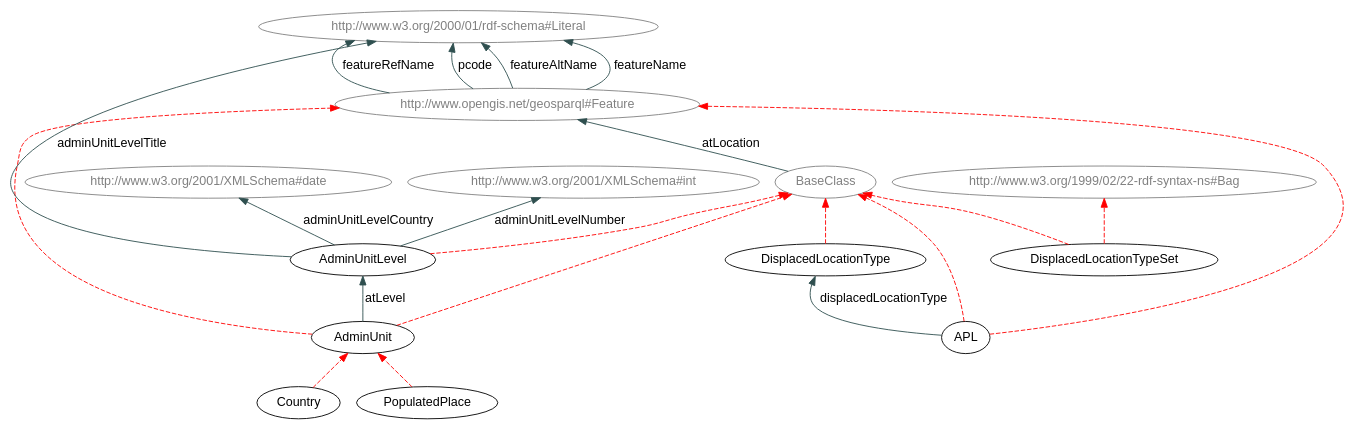
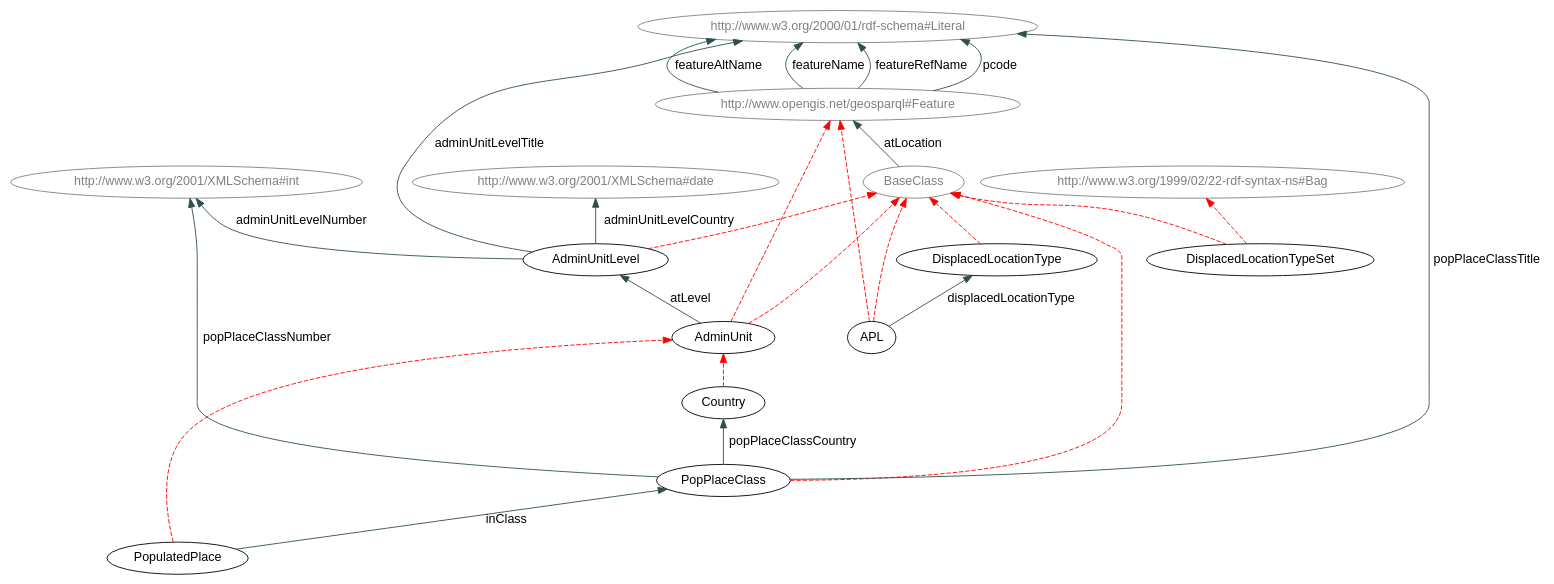
The diagram in Tools/geolocationSection.dot (hxl-team/HXL-Vocab), drawn with Graphviz before and after one commit. The commit also changed 32 other files, not shown here.

```diff
--- a/Tools/geolocationSection.dot
+++ b/Tools/geolocationSection.dot
@@ -1,57 +1,66 @@
 digraph { 
  rankdir="BT";	
  charset="utf-8";
  overlap=false;
  edge [color=darkslategray];
  edge [fontname=Helvetica];
  node [fontname=Helvetica];
 
 "APL" [ URL = "./#APL"] ;
 		"http://www.opengis.net/geosparql#Feature" [ URL = "./#APL" color="gray" fontcolor="gray"] ;
 				"APL" -> "http://www.opengis.net/geosparql#Feature" [ color=red style="dashed" ]; 
 			"BaseClass" [ URL = "./#APL" color="gray" fontcolor="gray"] ;
 				"APL" -> "BaseClass" [ color=red style="dashed" ]; 
 			"AdminUnit" [ URL = "./#AdminUnit"] ;
 		"http://www.opengis.net/geosparql#Feature" [ URL = "./#AdminUnit" color="gray" fontcolor="gray"] ;
 				"AdminUnit" -> "http://www.opengis.net/geosparql#Feature" [ color=red style="dashed" ]; 
 			"BaseClass" [ URL = "./#AdminUnit" color="gray" fontcolor="gray"] ;
 				"AdminUnit" -> "BaseClass" [ color=red style="dashed" ]; 
 			"AdminUnitLevel" [ URL = "./#AdminUnitLevel"] ;
 		"BaseClass" [ URL = "./#AdminUnitLevel" color="gray" fontcolor="gray"] ;
 				"AdminUnitLevel" -> "BaseClass" [ color=red style="dashed" ]; 
 			"Country" [ URL = "./#Country"] ;
 		"Country" -> "AdminUnit" [ color=red style="dashed" ]; 
 			"DisplacedLocationType" [ URL = "./#DisplacedLocationType"] ;
 		"BaseClass" [ URL = "./#DisplacedLocationType" color="gray" fontcolor="gray"] ;
 				"DisplacedLocationType" -> "BaseClass" [ color=red style="dashed" ]; 
 			"DisplacedLocationTypeSet" [ URL = "./#DisplacedLocationTypeSet"] ;
 		"BaseClass" [ URL = "./#DisplacedLocationTypeSet" color="gray" fontcolor="gray"] ;
 				"DisplacedLocationTypeSet" -> "BaseClass" [ color=red style="dashed" ]; 
 			"http://www.w3.org/1999/02/22-rdf-syntax-ns#Bag" [ URL = "./#DisplacedLocationTypeSet" color="gray" fontcolor="gray"] ;
 				"DisplacedLocationTypeSet" -> "http://www.w3.org/1999/02/22-rdf-syntax-ns#Bag" [ color=red style="dashed" ]; 
+			"PopPlaceClass" [ URL = "./#PopPlaceClass"] ;
+		"BaseClass" [ URL = "./#PopPlaceClass" color="gray" fontcolor="gray"] ;
+				"PopPlaceClass" -> "BaseClass" [ color=red style="dashed" ]; 
 			"PopulatedPlace" [ URL = "./#PopulatedPlace"] ;
 		"PopulatedPlace" -> "AdminUnit" [ color=red style="dashed" ]; 
 			"http://www.w3.org/2001/XMLSchema#date" [ URL = "./#http://www.w3.org/2001/XMLSchema#date" color="gray" fontcolor="gray"] ;
 					"AdminUnitLevel" -> "http://www.w3.org/2001/XMLSchema#date" [ label="adminUnitLevelCountry" URL = "./#adminUnitLevelCountry"]; 
 				"http://www.w3.org/2001/XMLSchema#int" [ URL = "./#http://www.w3.org/2001/XMLSchema#int" color="gray" fontcolor="gray"] ;
 					"AdminUnitLevel" -> "http://www.w3.org/2001/XMLSchema#int" [ label="adminUnitLevelNumber" URL = "./#adminUnitLevelNumber"]; 
 				"http://www.w3.org/2000/01/rdf-schema#Literal" [ URL = "./#http://www.w3.org/2000/01/rdf-schema#Literal" color="gray" fontcolor="gray"] ;
 					"AdminUnitLevel" -> "http://www.w3.org/2000/01/rdf-schema#Literal" [ label="adminUnitLevelTitle" URL = "./#adminUnitLevelTitle"]; 
 				"AdminUnit" -> "AdminUnitLevel" [ label="atLevel" URL = "./#atLevel"]; 
 				"BaseClass" [ URL = "./#BaseClass" color="gray" fontcolor="gray"] ;
 				"http://www.opengis.net/geosparql#Feature" [ URL = "./#http://www.opengis.net/geosparql#Feature" color="gray" fontcolor="gray"] ;
 					"BaseClass" -> "http://www.opengis.net/geosparql#Feature" [ label="atLocation" URL = "./#atLocation"]; 
 				"APL" -> "DisplacedLocationType" [ label="displacedLocationType" URL = "./#displacedLocationType"]; 
 				"http://www.opengis.net/geosparql#Feature" [ URL = "./#http://www.opengis.net/geosparql#Feature" color="gray" fontcolor="gray"] ;
 				"http://www.w3.org/2000/01/rdf-schema#Literal" [ URL = "./#http://www.w3.org/2000/01/rdf-schema#Literal" color="gray" fontcolor="gray"] ;
 					"http://www.opengis.net/geosparql#Feature" -> "http://www.w3.org/2000/01/rdf-schema#Literal" [ label="featureAltName" URL = "./#featureAltName"]; 
 				"http://www.opengis.net/geosparql#Feature" [ URL = "./#http://www.opengis.net/geosparql#Feature" color="gray" fontcolor="gray"] ;
 				"http://www.w3.org/2000/01/rdf-schema#Literal" [ URL = "./#http://www.w3.org/2000/01/rdf-schema#Literal" color="gray" fontcolor="gray"] ;
 					"http://www.opengis.net/geosparql#Feature" -> "http://www.w3.org/2000/01/rdf-schema#Literal" [ label="featureName" URL = "./#featureName"]; 
 				"http://www.opengis.net/geosparql#Feature" [ URL = "./#http://www.opengis.net/geosparql#Feature" color="gray" fontcolor="gray"] ;
 				"http://www.w3.org/2000/01/rdf-schema#Literal" [ URL = "./#http://www.w3.org/2000/01/rdf-schema#Literal" color="gray" fontcolor="gray"] ;
 					"http://www.opengis.net/geosparql#Feature" -> "http://www.w3.org/2000/01/rdf-schema#Literal" [ label="featureRefName" URL = "./#featureRefName"]; 
+				"PopulatedPlace" -> "PopPlaceClass" [ label="inClass" URL = "./#inClass"]; 
 				"http://www.opengis.net/geosparql#Feature" [ URL = "./#http://www.opengis.net/geosparql#Feature" color="gray" fontcolor="gray"] ;
 				"http://www.w3.org/2000/01/rdf-schema#Literal" [ URL = "./#http://www.w3.org/2000/01/rdf-schema#Literal" color="gray" fontcolor="gray"] ;
 					"http://www.opengis.net/geosparql#Feature" -> "http://www.w3.org/2000/01/rdf-schema#Literal" [ label="pcode" URL = "./#pcode"]; 
+				"PopPlaceClass" -> "Country" [ label="popPlaceClassCountry" URL = "./#popPlaceClassCountry"]; 
+				"http://www.w3.org/2001/XMLSchema#int" [ URL = "./#http://www.w3.org/2001/XMLSchema#int" color="gray" fontcolor="gray"] ;
+					"PopPlaceClass" -> "http://www.w3.org/2001/XMLSchema#int" [ label="popPlaceClassNumber" URL = "./#popPlaceClassNumber"]; 
+				"http://www.w3.org/2000/01/rdf-schema#Literal" [ URL = "./#http://www.w3.org/2000/01/rdf-schema#Literal" color="gray" fontcolor="gray"] ;
+					"PopPlaceClass" -> "http://www.w3.org/2000/01/rdf-schema#Literal" [ label="popPlaceClassTitle" URL = "./#popPlaceClassTitle"]; 
 				}
```
